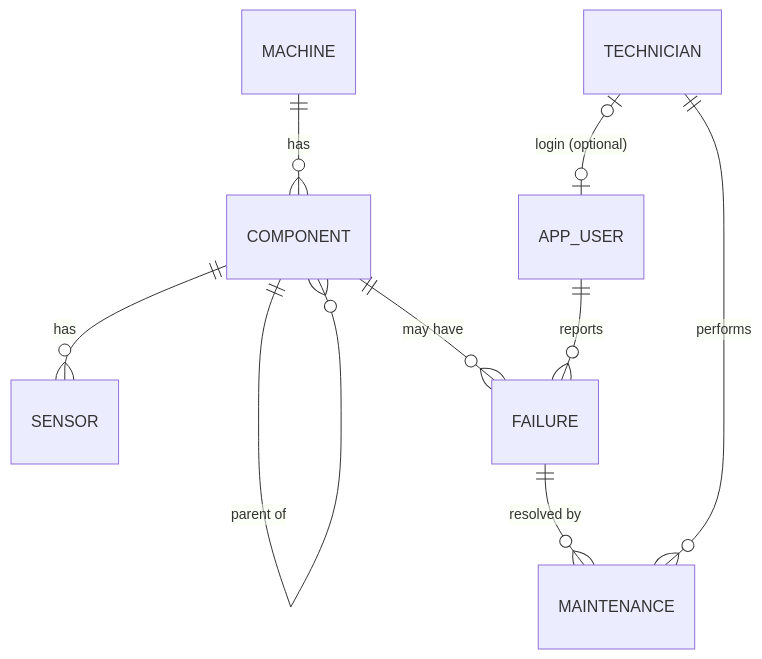
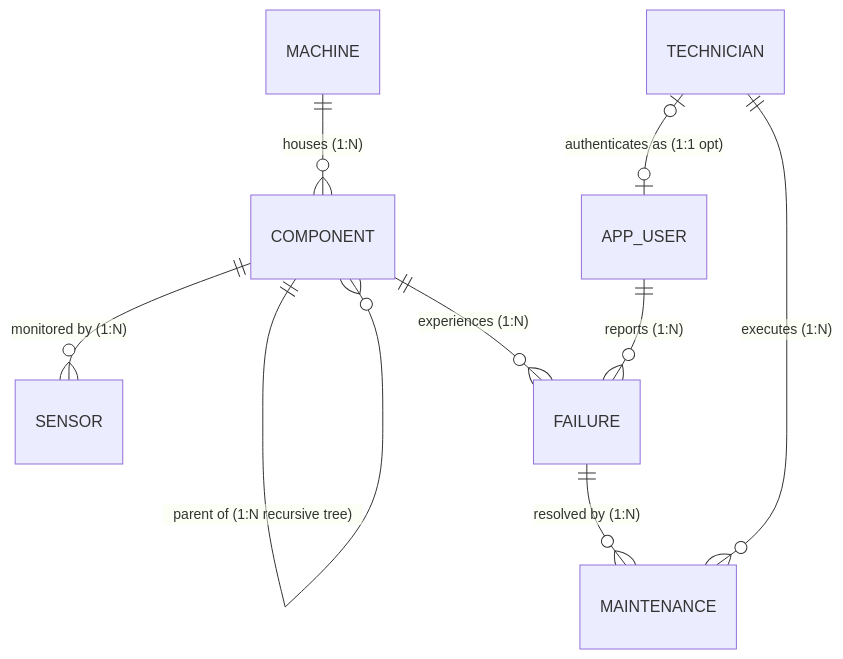
The diagram in README.md (KshitijShetty27/DBMS_Project_Maintenance_Traceability), drawn with Mermaid before and after one commit. The commit also changed other lines of this file, not shown here.

````diff
--- a/README.md
+++ b/README.md
@@ -16,11 +48,11 @@
 ```mermaid
 erDiagram
-  MACHINE ||--o{ COMPONENT : has
-  COMPONENT ||--o{ COMPONENT : "parent of"
-  COMPONENT ||--o{ SENSOR : has
-  COMPONENT ||--o{ FAILURE : "may have"
-  FAILURE ||--o{ MAINTENANCE : "resolved by"
-  TECHNICIAN ||--o{ MAINTENANCE : performs
-  TECHNICIAN |o--o| APP_USER : "login (optional)"
-  APP_USER ||--o{ FAILURE : reports
+  MACHINE ||--o{ COMPONENT : "houses (1:N)"
+  COMPONENT ||--o{ COMPONENT : "parent of (1:N recursive tree)"
+  COMPONENT ||--o{ SENSOR : "monitored by (1:N)"
+  COMPONENT ||--o{ FAILURE : "experiences (1:N)"
+  FAILURE ||--o{ MAINTENANCE : "resolved by (1:N)"
+  TECHNICIAN ||--o{ MAINTENANCE : "executes (1:N)"
+  TECHNICIAN |o--o| APP_USER : "authenticates as (1:1 opt)"
+  APP_USER ||--o{ FAILURE : "reports (1:N)"
 ```
````
